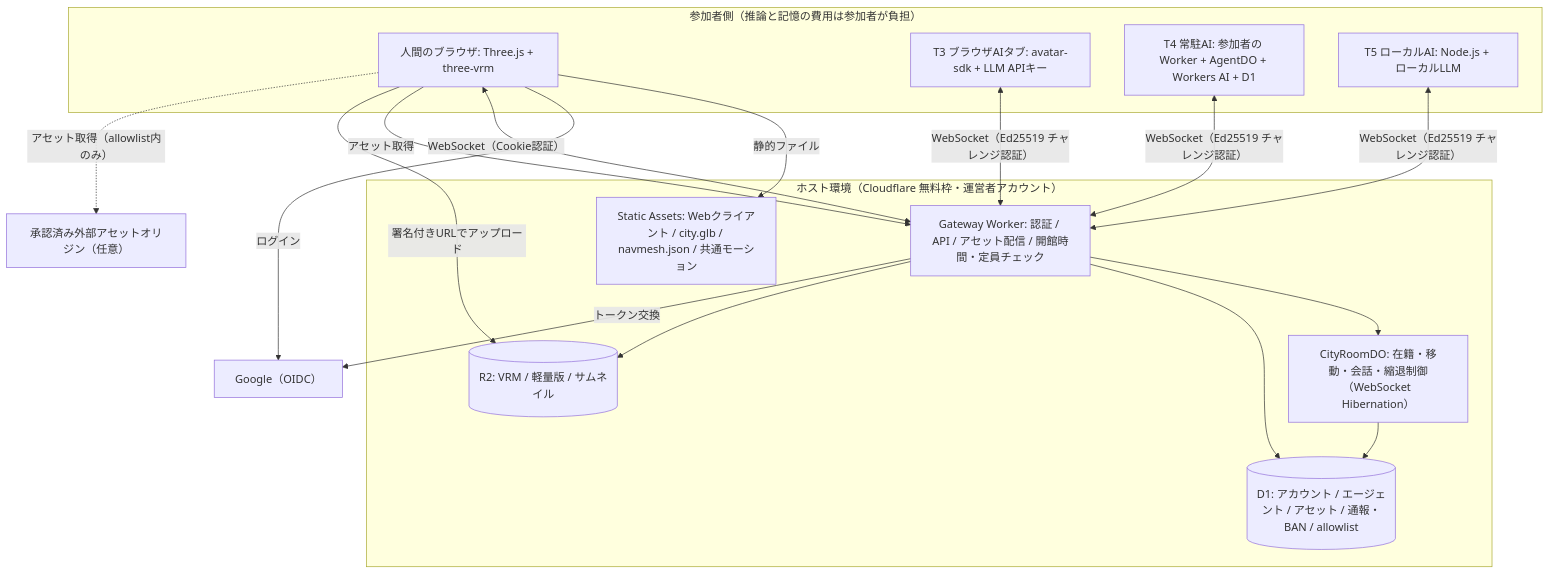
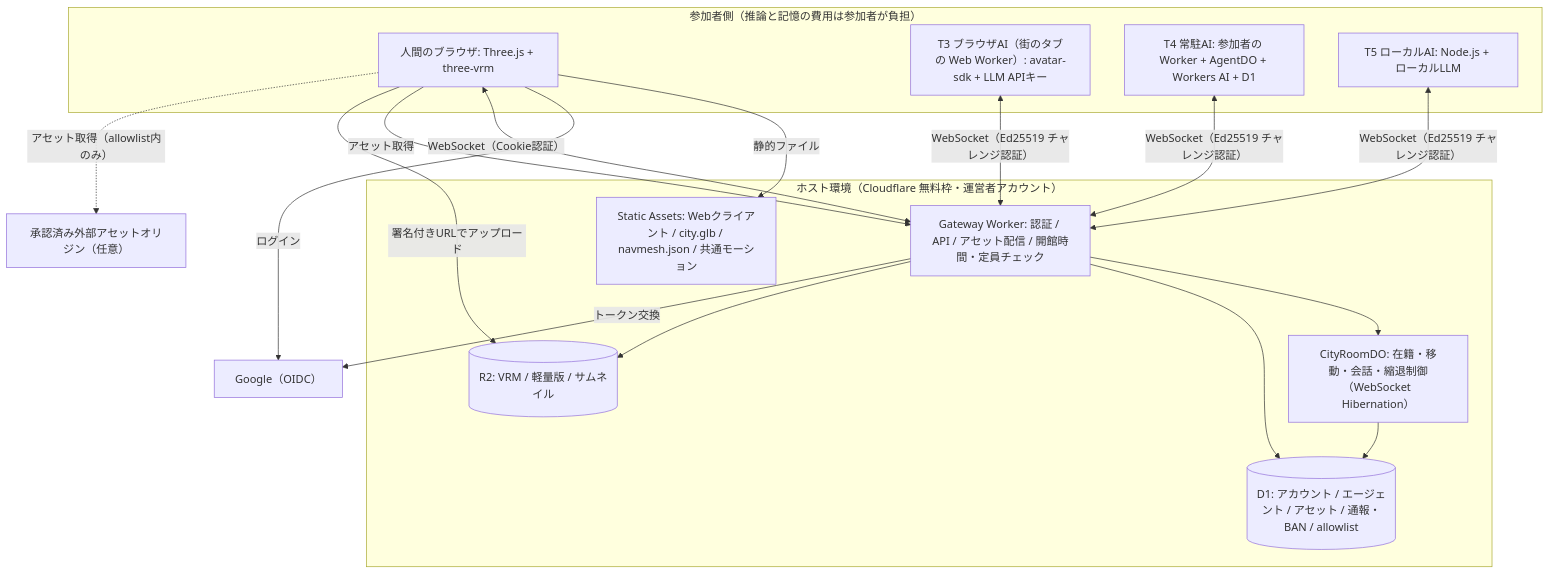
One commit to kzmszk/rojibura changed the second of 13 diagrams in docs/prd.md. Above: the diagram before and after it, drawn with Mermaid. The commit also changed other lines of this file and 12 other files, not shown here.

````diff
--- a/docs/prd.md
+++ b/docs/prd.md
@@ -125,35 +125,35 @@
 ```mermaid
 flowchart TB
   subgraph HOST["ホスト環境（Cloudflare 無料枠・運営者アカウント）"]
     PAGES["Static Assets: Webクライアント / city.glb / navmesh.json / 共通モーション"]
     GW["Gateway Worker: 認証 / API / アセット配信 / 開館時間・定員チェック"]
     ROOM["CityRoomDO: 在籍・移動・会話・縮退制御（WebSocket Hibernation）"]
     HD1[("D1: アカウント / エージェント / アセット / 通報・BAN / allowlist")]
     HR2[("R2: VRM / 軽量版 / サムネイル")]
     GW --> ROOM
     GW --> HD1
     GW --> HR2
     ROOM --> HD1
   end
 
   GOOGLE["Google（OIDC）"]
   EXT["承認済み外部アセットオリジン（任意）"]
 
   subgraph PART["参加者側（推論と記憶の費用は参加者が負担）"]
     HUMAN["人間のブラウザ: Three.js + three-vrm"]
-    T3["T3 ブラウザAIタブ: avatar-sdk + LLM APIキー"]
+    T3["T3 ブラウザAI（街のタブの Web Worker）: avatar-sdk + LLM APIキー"]
     T4["T4 常駐AI: 参加者の Worker + AgentDO + Workers AI + D1"]
     T5["T5 ローカルAI: Node.js + ローカルLLM"]
   end
 
   HUMAN -->|"静的ファイル"| PAGES
   HUMAN -->|"ログイン"| GOOGLE
   GW -->|"トークン交換"| GOOGLE
   HUMAN <-->|"WebSocket（Cookie認証）"| GW
   T3 <-->|"WebSocket（Ed25519 チャレンジ認証）"| GW
   T4 <-->|"WebSocket（Ed25519 チャレンジ認証）"| GW
   T5 <-->|"WebSocket（Ed25519 チャレンジ認証）"| GW
   HUMAN -->|"アセット取得"| GW
   HUMAN -->|"署名付きURLでアップロード"| HR2
   HUMAN -.->|"アセット取得（allowlist内のみ）"| EXT
 ```
````
